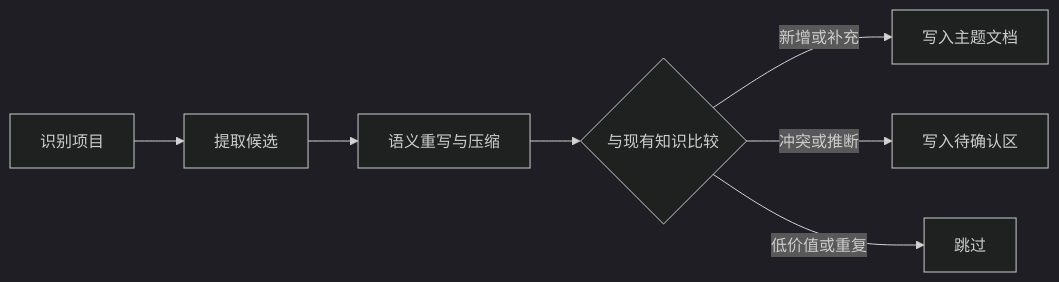
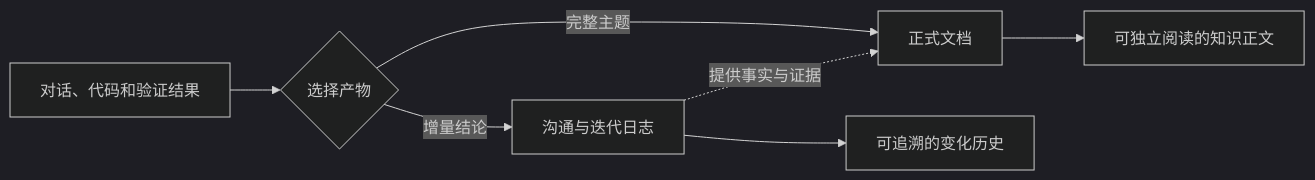
Before and after one commit to William-YanHua/write_notes: the diagram in codex-knowledge-capture/SKILL.md, drawn with Mermaid (dark theme). The commit also changed other lines of this file and 13 other files, not shown here.

````diff
--- a/codex-knowledge-capture/SKILL.md
+++ b/codex-knowledge-capture/SKILL.md
@@ -12,9 +12,9 @@
 ```mermaid
 flowchart LR
-    A[识别项目] --> B[提取候选]
-    B --> C[语义重写与压缩]
-    C --> D{与现有知识比较}
-    D -->|新增或补充| E[写入主题文档]
-    D -->|冲突或推断| F[写入待确认区]
-    D -->|低价值或重复| G[跳过]
+    A[对话、代码和验证结果] --> B{选择产物}
+    B -->|增量结论| C[沟通与迭代日志]
+    B -->|完整主题| D[正式文档]
+    C -.提供事实与证据.-> D
+    C --> E[可追溯的变化历史]
+    D --> F[可独立阅读的知识正文]
 ```
````
